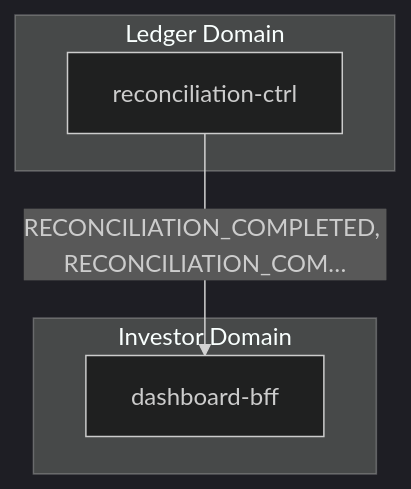
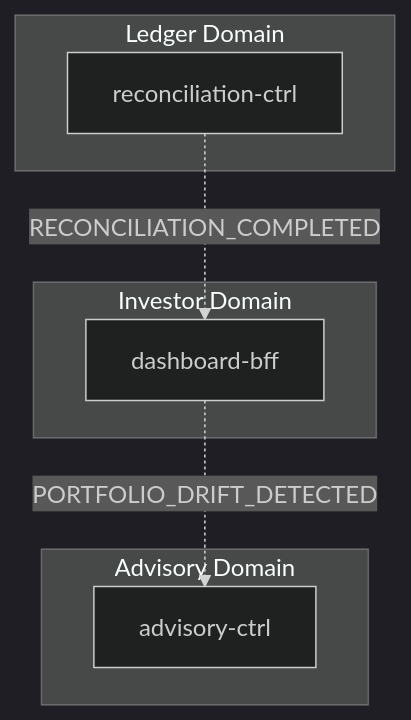
Before and after one commit to fabio-vitali/nestfolio: the first of 2 diagrams in docs/data-flows/reconciliation.md, drawn with Mermaid (dark theme). The commit also changed other lines of this file and 53 other files, not shown here.

First line of the commit message:
docs: regenerate all service cards, flow specs, and C4 diagrams via /init-docs

````diff
--- a/docs/data-flows/reconciliation.md
+++ b/docs/data-flows/reconciliation.md
@@ -11,10 +11,14 @@
 ```mermaid
 flowchart TD
     subgraph ledger["Ledger Domain"]
         reconciliation_ctrl["reconciliation-ctrl"]
     end
     subgraph investor["Investor Domain"]
         dashboard_bff["dashboard-bff"]
     end
-    reconciliation_ctrl -->|"RECONCILIATION_COMPLETED, RECONCILIATION_COM…"| dashboard_bff
+    subgraph advisory["Advisory Domain"]
+        advisory_ctrl["advisory-ctrl"]
+    end
+    reconciliation_ctrl -.->|"RECONCILIATION_COMPLETED"| dashboard_bff
+    dashboard_bff -.->|"PORTFOLIO_DRIFT_DETECTED"| advisory_ctrl
 ```
````
